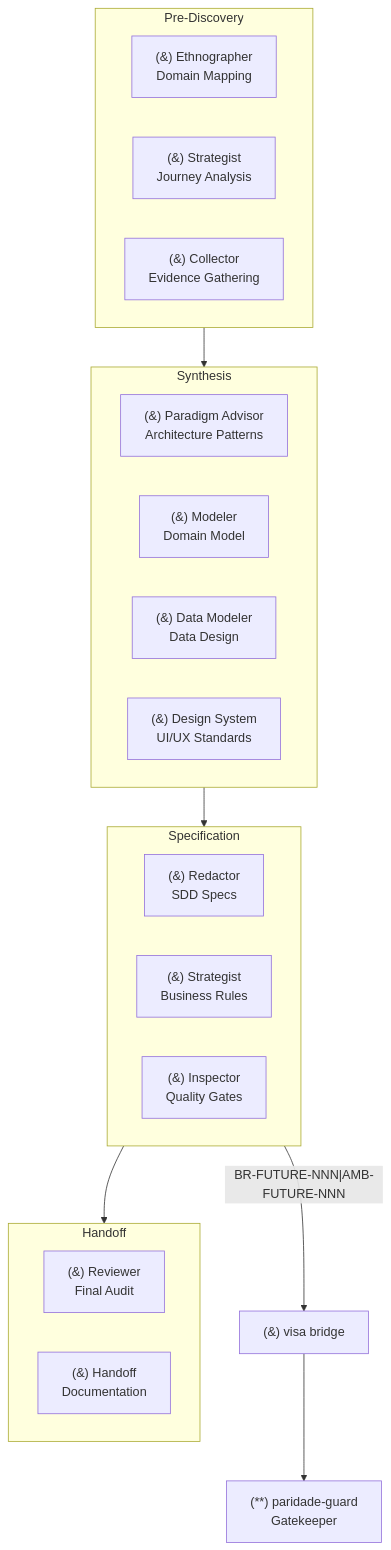
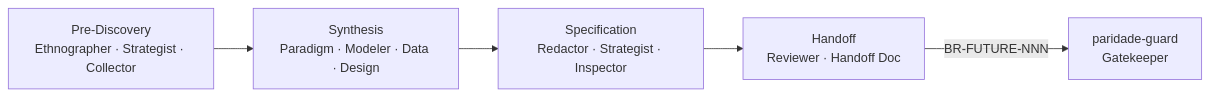
Before and after one commit to Adgmed2018/visa: the diagram in README.md, drawn with Mermaid. The commit also changed other lines of this file and 22 other files, not shown here.

````diff
--- a/README.md
+++ b/README.md
@@ -40,31 +33,10 @@
 ```mermaid
-flowchart TB
-    subgraph PRE["Pre-Discovery"]
-        E1["(&) Ethnographer<br/>Domain Mapping"]
-        E2["(&) Strategist<br/>Journey Analysis"]
-        E3["(&) Collector<br/>Evidence Gathering"]
-    end
-
-    subgraph SYN["Synthesis"]
-        S1["(&) Paradigm Advisor<br/>Architecture Patterns"]
-        S2["(&) Modeler<br/>Domain Model"]
-        S3["(&) Data Modeler<br/>Data Design"]
-        S4["(&) Design System<br/>UI/UX Standards"]
-    end
-
-    subgraph SPEC["Specification"]
-        SP1["(&) Redactor<br/>SDD Specs"]
-        SP2["(&) Strategist<br/>Business Rules"]
-        SP3["(&) Inspector<br/>Quality Gates"]
-    end
-
-    subgraph Handoff["Handoff"]
-        H1["(&) Reviewer<br/>Final Audit"]
-        H2["(&) Handoff<br/>Documentation"]
-    end
-
-    PRE --> SYN --> SPEC --> Handoff
-
-    SPEC -->|"BR-FUTURE-NNN|AMB-FUTURE-NNN"| BRIDGE["(&) visa bridge"]
-    BRIDGE --> PG["(**) paridade-guard<br/>Gatekeeper"]
+flowchart LR
+    PRE["Pre-Discovery<br/>Ethnographer · Strategist · Collector"]
+    SYN["Synthesis<br/>Paradigm · Modeler · Data · Design"]
+    SPEC["Specification<br/>Redactor · Strategist · Inspector"]
+    HAND["Handoff<br/>Reviewer · Handoff Doc"]
+    PG["paridade-guard<br/>Gatekeeper"]
+    PRE --> SYN --> SPEC --> HAND
+    HAND -->|"BR-FUTURE-NNN"| PG
 ```
````
